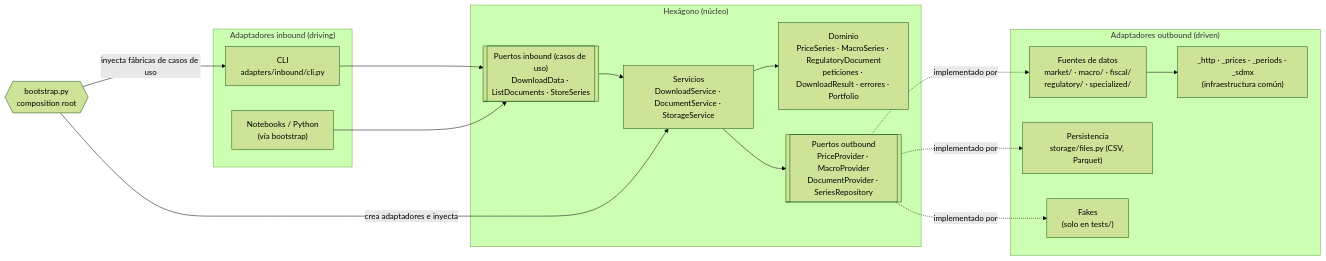
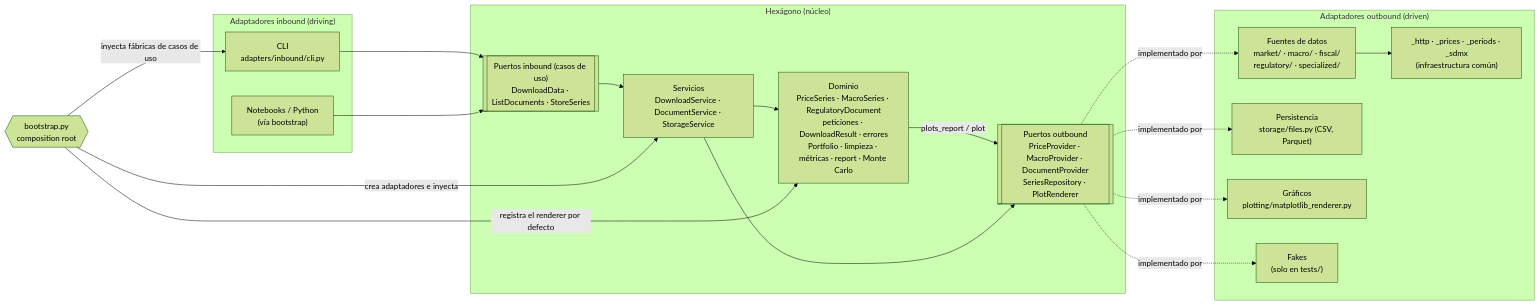
Before and after one commit to art3mvp/quant-finance-toolkit: the first of 3 diagrams in docs/architecture.md, drawn with Mermaid (forest theme). The commit also changed other lines of this file and 27 other files, not shown here.

First line of the commit message:
feat: portfolio cleaning, Markdown report, injected plots and UML docs

````diff
--- a/docs/architecture.md
+++ b/docs/architecture.md
@@ -32,35 +32,39 @@
 ```mermaid
 flowchart LR
     subgraph IN["Adaptadores inbound (driving)"]
         CLI["CLI<br/>adapters/inbound/cli.py"]
         NB["Notebooks / Python<br/>(vía bootstrap)"]
     end
 
     subgraph HEX["Hexágono (núcleo)"]
         PIN[["Puertos inbound (casos de uso)<br/>DownloadData · ListDocuments · StoreSeries"]]
         SVC["Servicios<br/>DownloadService · DocumentService · StorageService"]
-        DOM["Dominio<br/>PriceSeries · MacroSeries · RegulatoryDocument<br/>peticiones · DownloadResult · errores · Portfolio"]
-        POUT[["Puertos outbound<br/>PriceProvider · MacroProvider<br/>DocumentProvider · SeriesRepository"]]
+        DOM["Dominio<br/>PriceSeries · MacroSeries · RegulatoryDocument<br/>peticiones · DownloadResult · errores<br/>Portfolio · limpieza · métricas · report · Monte Carlo"]
+        POUT[["Puertos outbound<br/>PriceProvider · MacroProvider · DocumentProvider<br/>SeriesRepository · PlotRenderer"]]
+        DOM -- plots_report / plot --> POUT
         PIN --> SVC
         SVC --> DOM
         SVC --> POUT
     end
 
     subgraph OUT["Adaptadores outbound (driven)"]
         SRC["Fuentes de datos<br/>market/ · macro/ · fiscal/<br/>regulatory/ · specialized/"]
         STO["Persistencia<br/>storage/files.py (CSV, Parquet)"]
+        PLT["Gráficos<br/>plotting/matplotlib_renderer.py"]
         HTTP["_http · _prices · _periods · _sdmx<br/>(infraestructura común)"]
         FAKE["Fakes<br/>(solo en tests/)"]
         SRC --> HTTP
     end
 
     CLI --> PIN
     NB --> PIN
     POUT -. implementado por .-> SRC
     POUT -. implementado por .-> STO
+    POUT -. implementado por .-> PLT
     POUT -. implementado por .-> FAKE
 
     BOOT{{"bootstrap.py<br/>composition root"}}
     BOOT -- crea adaptadores e inyecta --> SVC
     BOOT -- inyecta fábricas de casos de uso --> CLI
+    BOOT -- registra el renderer por defecto --> DOM
 ```
````
